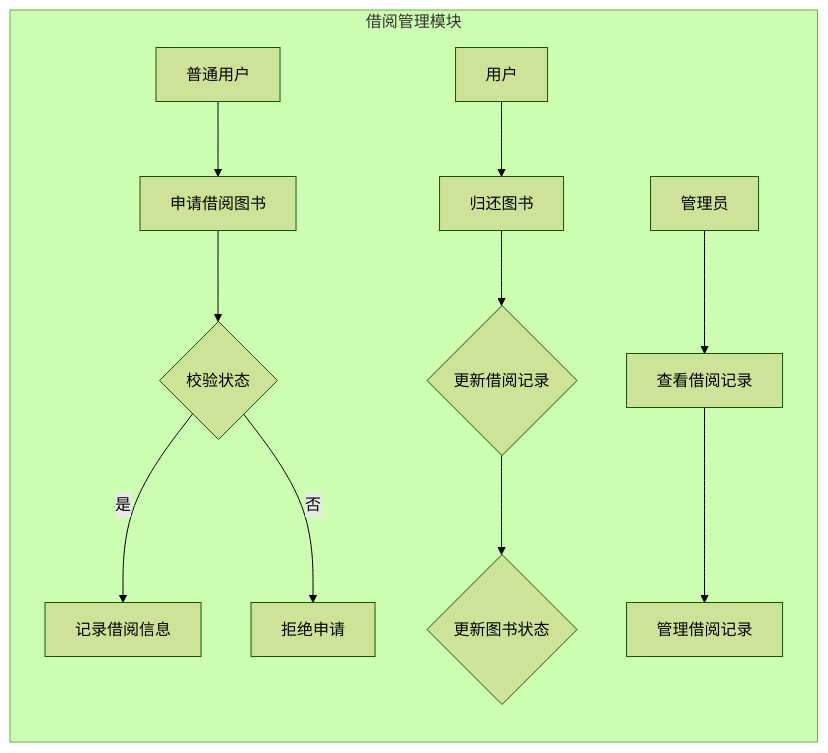
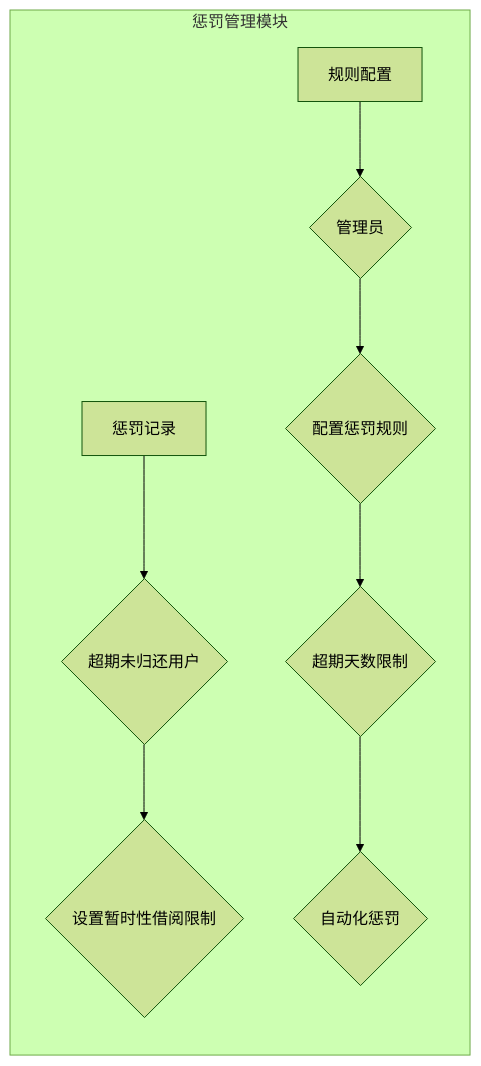
One commit to qianlong520/iodraw-files changed the diagram in all/未命名-3.md. Above: the diagram before and after it, drawn with Mermaid (forest theme).

Commit message:
2024-11-04 14:06:27 update

````diff
--- a/all/未命名-3.md
+++ b/all/未命名-3.md
@@ -1,14 +1,11 @@
 ```mermaid
 graph LR
-    subgraph 借阅管理模块
-        A[普通用户] --> B[申请借阅图书]
-        B --> C{校验状态}
-        C -- 是 --> D[记录借阅信息]
-        C -- 否 --> E[拒绝申请]
-        F[用户] --> G[归还图书]
-        G --> H{更新借阅记录}
-        H --> I{更新图书状态}
-        J[管理员] --> K[查看借阅记录]
-        K --> L[管理借阅记录]
+    subgraph 惩罚管理模块
+        A[惩罚记录] --> B{超期未归还用户}
+        B --> C{设置暂时性借阅限制}
+        D[规则配置] --> E{管理员}
+        E --> F{配置惩罚规则}
+        F --> G{超期天数限制}
+        G --> H{自动化惩罚}
     end
 ```
````
